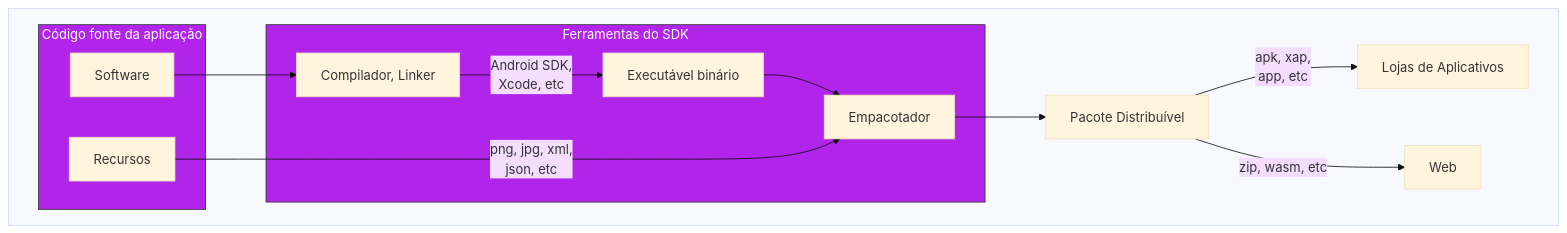
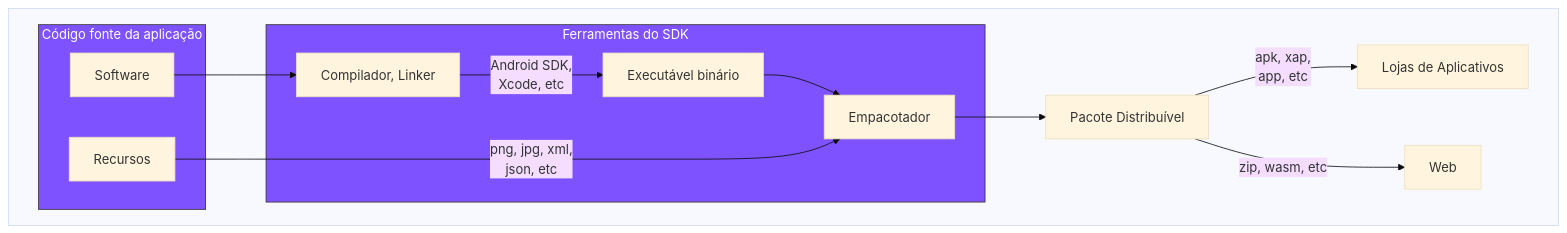
One commit to rsicarelli/KMP-101 changed the first of 12 diagrams in posts/KMP101-parte1.md. Above: the diagram before and after it, drawn with Mermaid (base theme). The commit also changed other lines of this file, not shown here.

````diff
--- a/posts/KMP101-parte1.md
+++ b/posts/KMP101-parte1.md
@@ -37,22 +37,22 @@
 ```mermaid
 graph TD
     subgraph " "
         subgraph area1 ["Código fonte da aplicação"]
             A[Código Fonte do Software]
             C[Recursos]
         end
         subgraph area2 ["Ferramentas do SDK"]
             B[Compilador, Linker]
             D[Empacotador]
             B -->|Android SDK,<br> Xcode, etc| E[Executável binário] --> D
         end
 
         A[Software] --> B
         D --> F[Pacote Distribuível]
         F -->|apk, xap, <br> app, etc| G[Lojas de Aplicativos]
         F -->|zip, wasm, etc| GG[Web]
         C -->|png, jpg, xml, <br> json, etc| D[Empacotador]
-        classDef area fill: #B125EA, color: #fff, stroke: #333, stroke-width: 1px
+        classDef area fill: #7F52FF, color: #fff, stroke: #333, stroke-width: 1px
         class area1,area2 area
     end
 ```
````
